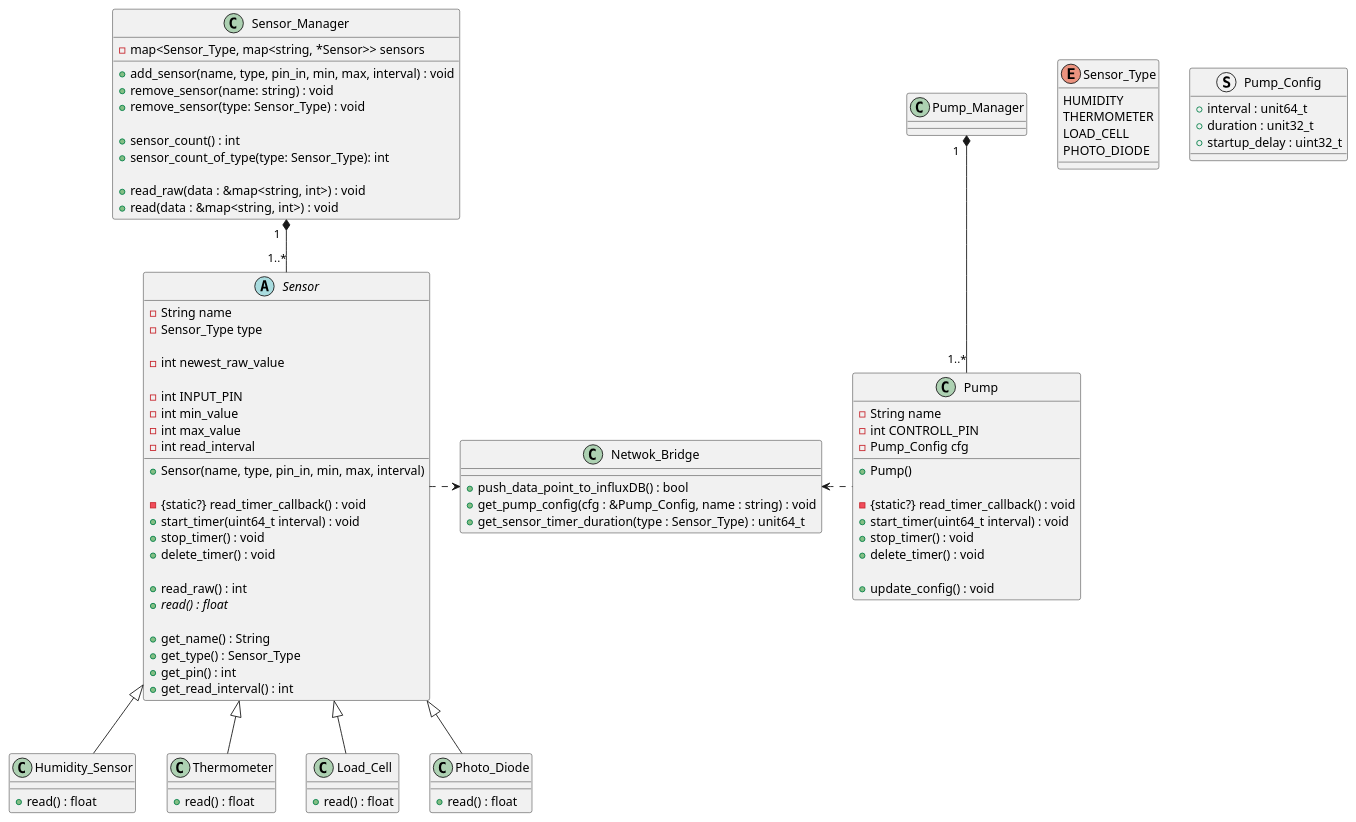
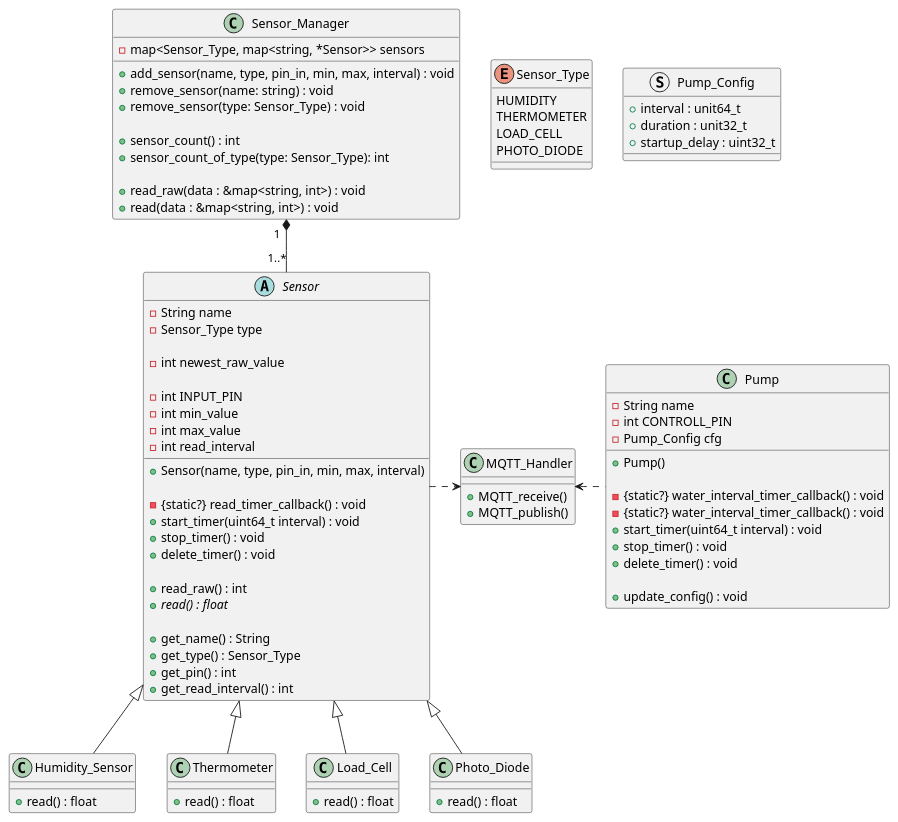
One commit to Einar-Eide/vanningsystem_v2 changed the diagram in planing/classes.puml. Above: the diagram before and after it, drawn with PlantUML. The commit also changed 3 other files, not shown here.

```diff
--- a/planing/classes.puml
+++ b/planing/classes.puml
@@ -1,115 +1,115 @@
 @startuml
 
 'enum
 enum Sensor_Type {
     HUMIDITY
     THERMOMETER
     LOAD_CELL
     PHOTO_DIODE
 }
 
 
-'struct
+'struct (this one might be removed)
 struct Pump_Config {
     +interval : unit64_t
     +duration : unit32_t
     +startup_delay : uint32_t
 }
 
 'class
 class Pump {
     -String name
     -int CONTROLL_PIN
     -Pump_Config cfg
 
     +Pump()
 
-    -{static?} read_timer_callback() : void
+    -{static?} water_interval_timer_callback() : void
+    -{static?} water_interval_timer_callback() : void
     +start_timer(uint64_t interval) : void
     +stop_timer() : void
     +delete_timer() : void
 
     +update_config() : void
 
 }
-
-class Pump_Manager
 
 abstract class Sensor {
     -String name
     -Sensor_Type type
 
     -int newest_raw_value
     
     -int INPUT_PIN
     -int min_value
     -int max_value
     -int read_interval
 
     +Sensor(name, type, pin_in, min, max, interval)
 
     -{static?} read_timer_callback() : void
     +start_timer(uint64_t interval) : void
     +stop_timer() : void
     +delete_timer() : void
 
     +read_raw() : int
     +{abstract} read() : float
 
     +get_name() : String
     +get_type() : Sensor_Type
     +get_pin() : int
     +get_read_interval() : int
 }
 
 class Sensor_Manager {
     -map<Sensor_Type, map<string, *Sensor>> sensors
     
     +add_sensor(name, type, pin_in, min, max, interval) : void
     +remove_sensor(name: string) : void
     +remove_sensor(type: Sensor_Type) : void
 
     +sensor_count() : int
     +sensor_count_of_type(type: Sensor_Type): int
 
     +read_raw(data : &map<string, int>) : void
     +read(data : &map<string, int>) : void
 }
 
 class Humidity_Sensor {
     +read() : float
 }
 
 class Thermometer {
     +read() : float
 }
 
 class Load_Cell {
     +read() : float
 }
 
 class Photo_Diode {
     +read() : float
 }
 
-class Netwok_Bridge {
-    +push_data_point_to_influxDB() : bool
-    +get_pump_config(cfg : &Pump_Config, name : string) : void
-    +get_sensor_timer_duration(type : Sensor_Type) : unit64_t
+'her har jeg lite kontroll på hvordan dette faktisk kommer til å fingere 
+class MQTT_Handler {
+    
+    +MQTT_receive()
+    +MQTT_publish()
 }
+
 
 'relations
 
-'pump
-Pump_Manager "1  " *-- "1..*" Pump
-Netwok_Bridge <. Pump
+'Pump
+MQTT_Handler <. Pump
 
-'sensor
+'Sensor
 Sensor_Manager "1  " *-- "1..*" Sensor
 Sensor <|-- Humidity_Sensor
 Sensor <|-- Thermometer
 Sensor <|-- Load_Cell
 Sensor <|-- Photo_Diode
-Sensor .> Netwok_Bridge
+Sensor .> MQTT_Handler
 
 @enduml
```
